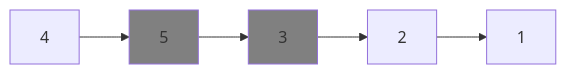
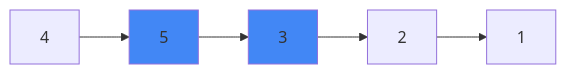
One commit to sharief007/dev-docs changed the third of 11 diagrams in content/sorting-algorithms/bubble-sort.md. Above: the diagram before and after it, drawn with Mermaid. The commit also changed other lines of this file, not shown here.

Commit message:
change color from grey to blue

````diff
--- a/content/sorting-algorithms/bubble-sort.md
+++ b/content/sorting-algorithms/bubble-sort.md
@@ -40,10 +40,10 @@
 ```mermaid
 graph LR
     A[4] --> B[5]
     B --> C[3]
     C --> D[2]
     D --> E[1]
 
-    style B fill: grey
-    style C fill: grey
+    style B fill: #4287f5
+    style C fill: #4287f5
 ```
````
